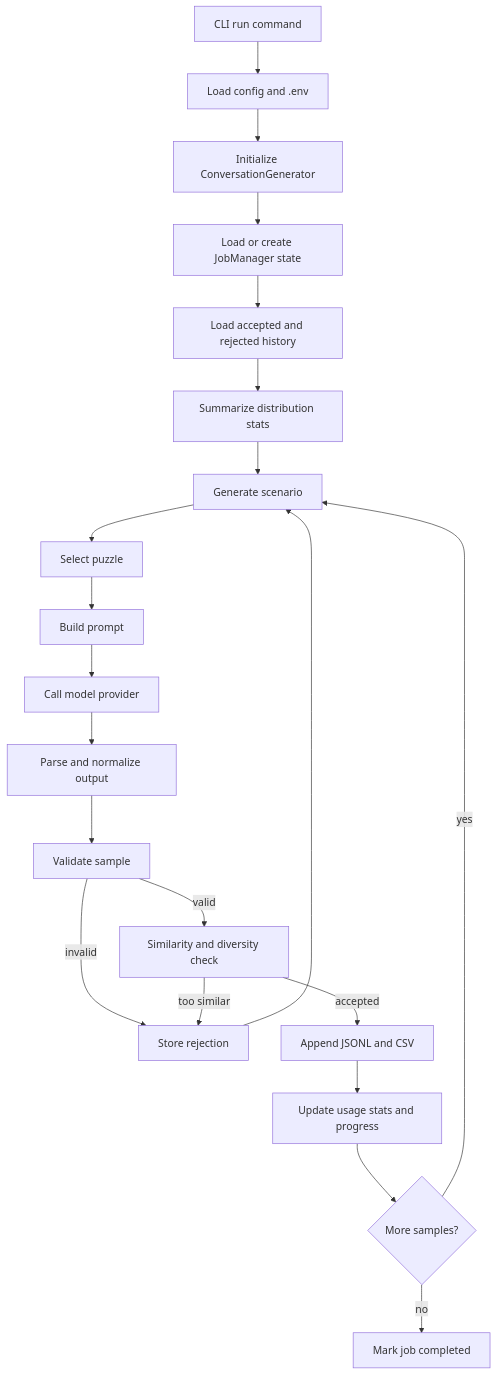
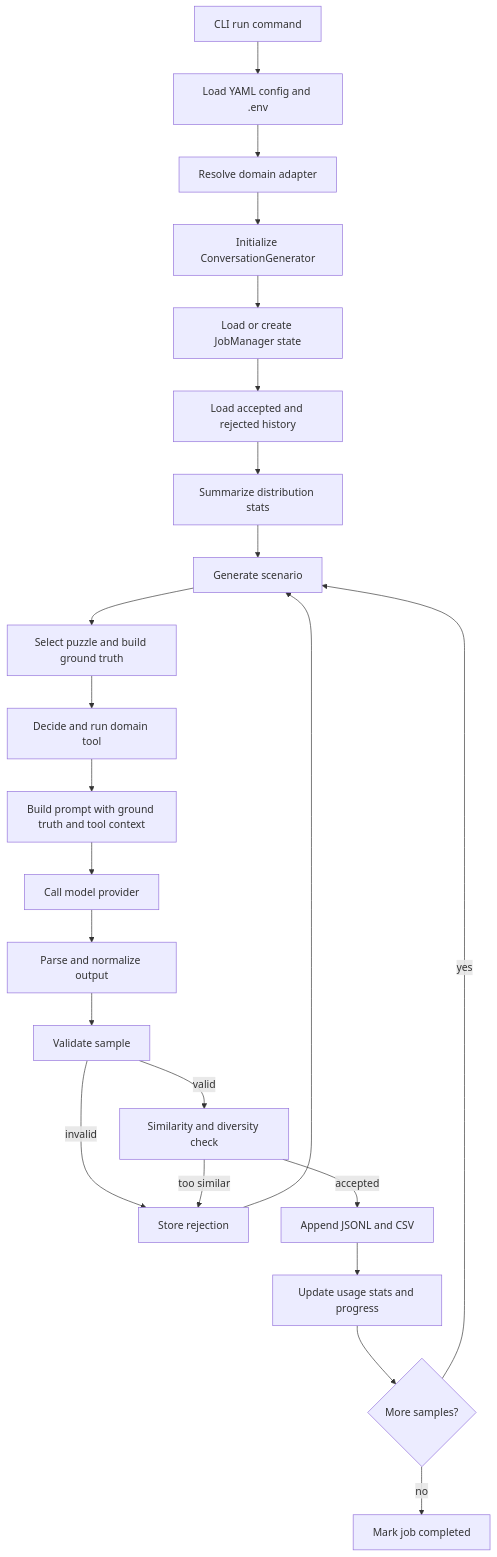
The diagram in PIPELINE.md (Amjuks/Synthetic-Games-Data-Generation), drawn with Mermaid before and after one commit. The commit also changed other lines of this file and 11 other files, not shown here.

First line of the commit message:
feat: Introduce Sudoku domain support with ground truth and tool usage tracking

````diff
--- a/PIPELINE.md
+++ b/PIPELINE.md
@@ -262,23 +278,25 @@
 ```mermaid
 flowchart TD
-    A[CLI run command] --> B[Load config and .env]
-    B --> C[Initialize ConversationGenerator]
-    C --> D[Load or create JobManager state]
-    D --> E[Load accepted and rejected history]
-    E --> F[Summarize distribution stats]
-    F --> G[Generate scenario]
-    G --> H[Select puzzle]
-    H --> I[Build prompt]
-    I --> J[Call model provider]
-    J --> K[Parse and normalize output]
-    K --> L[Validate sample]
-    L -->|invalid| M[Store rejection]
-    M --> G
-    L -->|valid| N[Similarity and diversity check]
-    N -->|too similar| M
-    N -->|accepted| O[Append JSONL and CSV]
-    O --> P[Update usage stats and progress]
-    P --> Q{More samples?}
-    Q -->|yes| G
-    Q -->|no| R[Mark job completed]
+    A[CLI run command] --> B[Load YAML config and .env]
+    B --> C[Resolve domain adapter]
+    C --> D[Initialize ConversationGenerator]
+    D --> E[Load or create JobManager state]
+    E --> F[Load accepted and rejected history]
+    F --> G[Summarize distribution stats]
+    G --> H[Generate scenario]
+    H --> I[Select puzzle and build ground truth]
+    I --> J[Decide and run domain tool]
+    J --> K[Build prompt with ground truth and tool context]
+    K --> L[Call model provider]
+    L --> M[Parse and normalize output]
+    M --> N[Validate sample]
+    N -->|invalid| O[Store rejection]
+    O --> H
+    N -->|valid| P[Similarity and diversity check]
+    P -->|too similar| O
+    P -->|accepted| Q[Append JSONL and CSV]
+    Q --> R[Update usage stats and progress]
+    R --> S{More samples?}
+    S -->|yes| H
+    S -->|no| T[Mark job completed]
 ```
````
